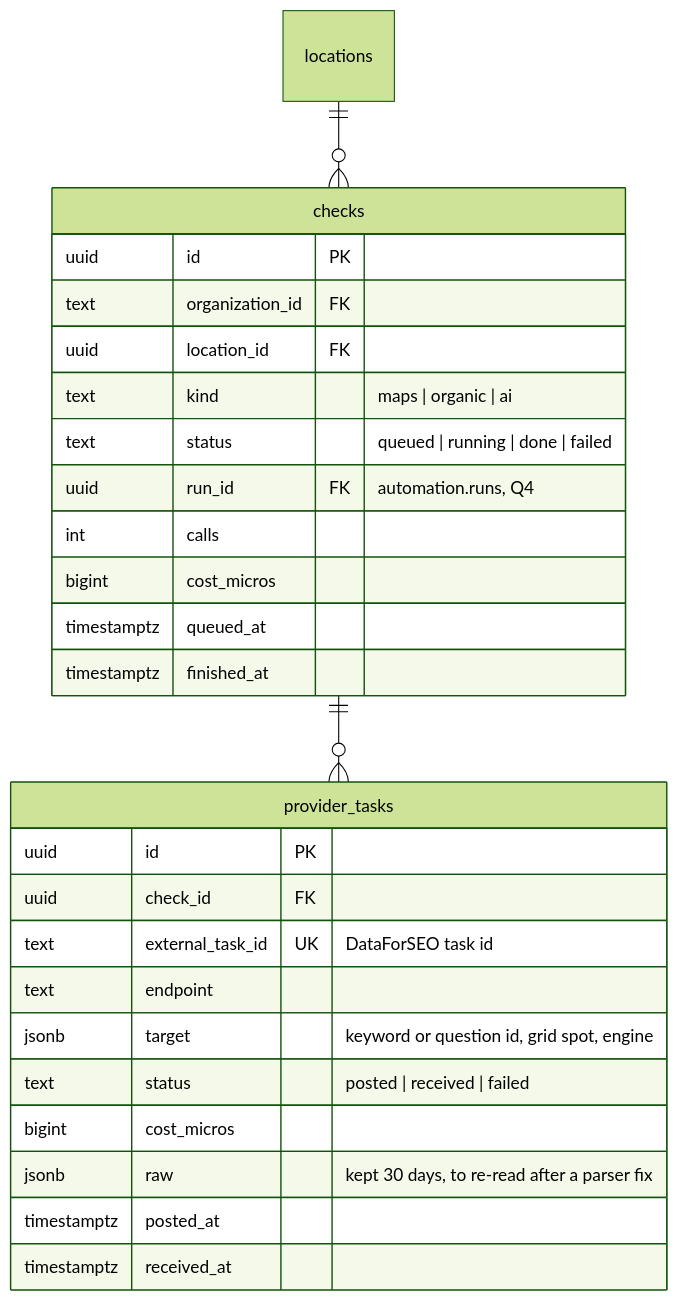
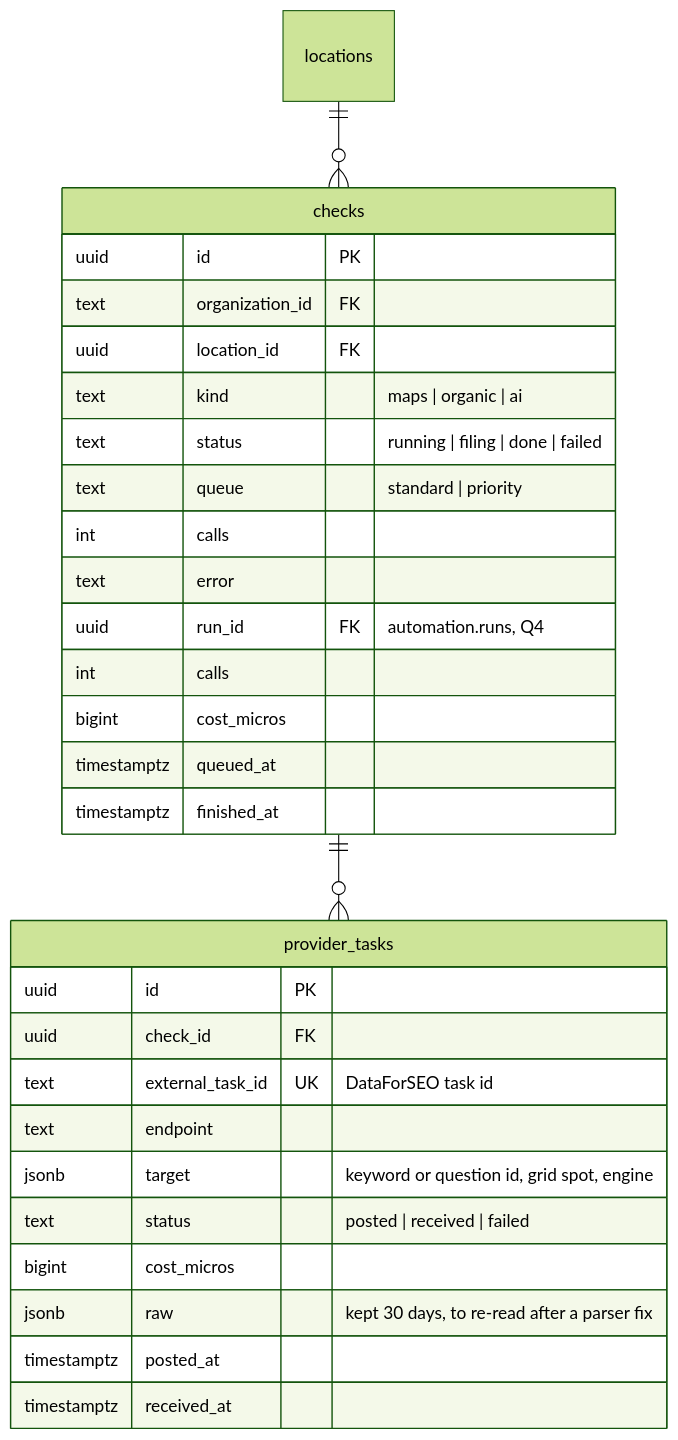
Before and after one commit to azizali/openmarko: the fourth of 9 diagrams in docs/features/seo/data-model.md, drawn with Mermaid (forest theme). The commit also changed other lines of this file and 54 other files, not shown here.

````diff
--- a/docs/features/seo/data-model.md
+++ b/docs/features/seo/data-model.md
@@ -203,30 +216,33 @@
 ```mermaid
 erDiagram
     locations ||--o{ checks : ""
     checks ||--o{ provider_tasks : ""
 
     checks {
         uuid id PK
         text organization_id FK
         uuid location_id FK
         text kind "maps | organic | ai"
-        text status "queued | running | done | failed"
+        text status "running | filing | done | failed"
+        text queue "standard | priority"
+        int calls
+        text error
         uuid run_id FK "automation.runs, Q4"
         int calls
         bigint cost_micros
         timestamptz queued_at
         timestamptz finished_at
     }
     provider_tasks {
         uuid id PK
         uuid check_id FK
         text external_task_id UK "DataForSEO task id"
         text endpoint
         jsonb target "keyword or question id, grid spot, engine"
         text status "posted | received | failed"
         bigint cost_micros
         jsonb raw "kept 30 days, to re-read after a parser fix"
         timestamptz posted_at
         timestamptz received_at
     }
 ```
````
